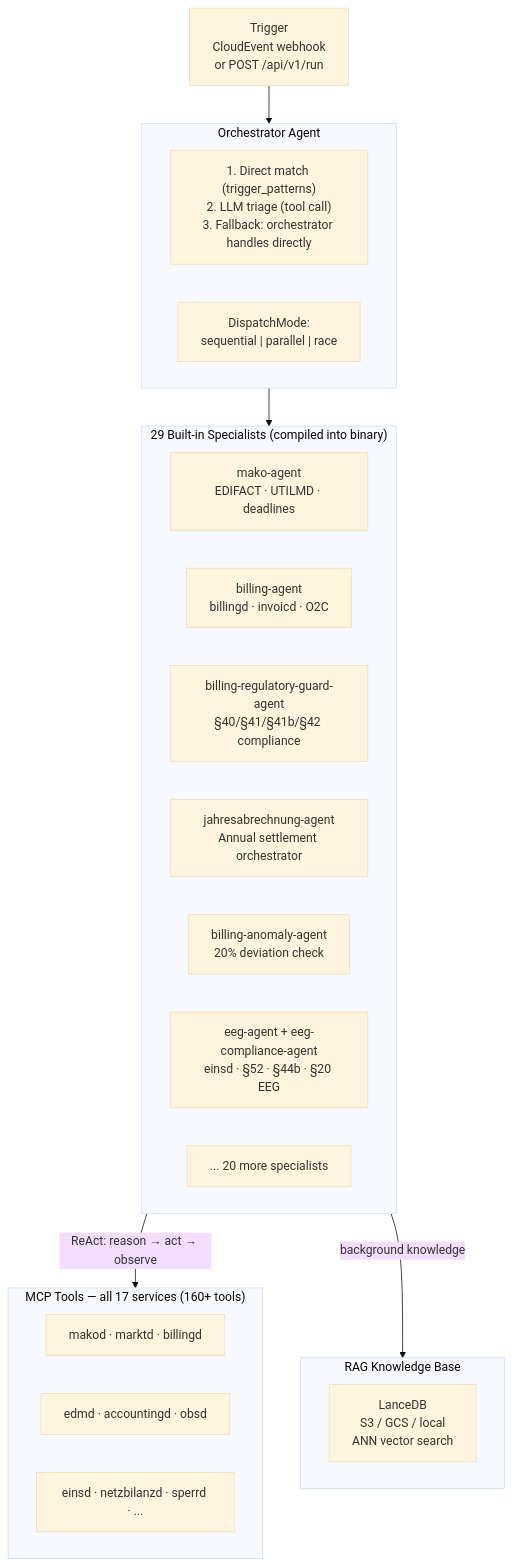
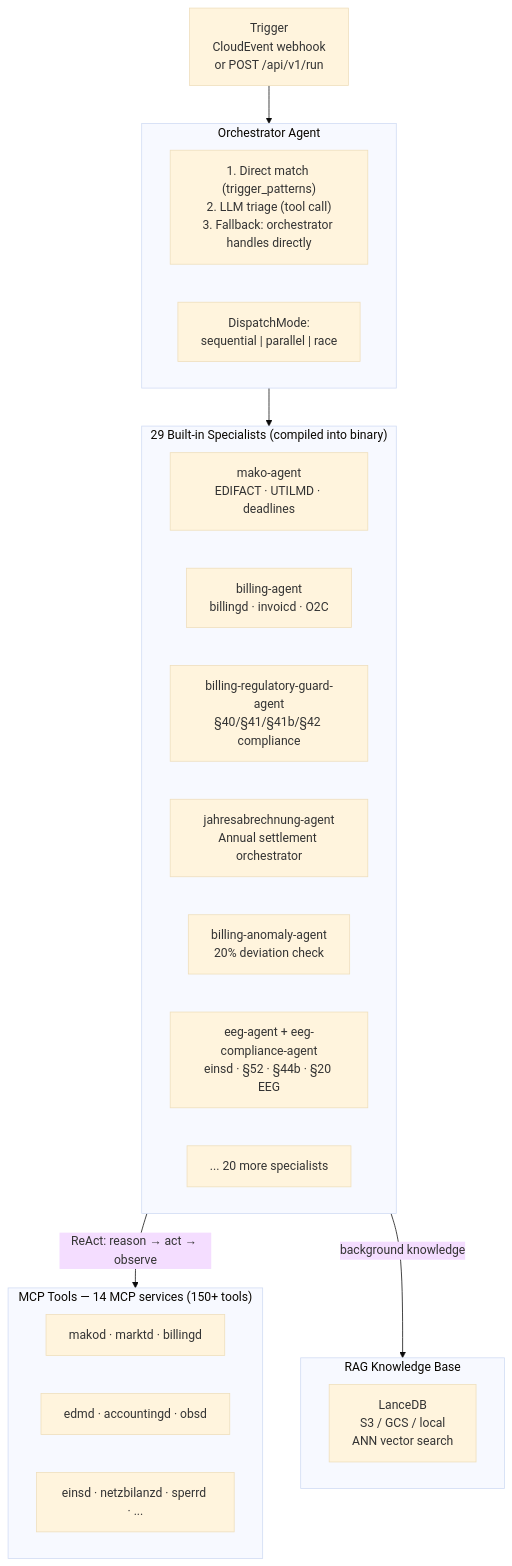
Before and after one commit to hupe1980/mako: the first of 4 diagrams in docs/agentd.md, drawn with Mermaid (base theme). The commit also changed 46 other files, not shown here.

````diff
--- a/docs/agentd.md
+++ b/docs/agentd.md
@@ -68,35 +68,35 @@
 ```mermaid
 graph TB
     TRIGGER["Trigger\nCloudEvent webhook\nor POST /api/v1/run"]
 
     subgraph orchestrator ["Orchestrator Agent"]
         ORCH["1. Direct match (trigger_patterns)\n2. LLM triage (tool call)\n3. Fallback: orchestrator handles directly"]
         MODE["DispatchMode:\nsequential | parallel | race"]
     end
 
     subgraph builtin ["29 Built-in Specialists (compiled into binary)"]
         direction LR
         MAKO["mako-agent\nEDIFACT · UTILMD · deadlines"]
         BILLING["billing-agent\nbillingd · invoicd · O2C"]
         BILREG["billing-regulatory-guard-agent\n§40/§41/§41b/§42 compliance"]
         JAHRB["jahresabrechnung-agent\nAnnual settlement orchestrator"]
         ANOMALY["billing-anomaly-agent\n20% deviation check"]
         EEG["eeg-agent + eeg-compliance-agent\neinsd · §52 · §44b · §20 EEG"]
         MORE["... 20 more specialists"]
     end
 
     subgraph rag ["RAG Knowledge Base"]
         LANCE["LanceDB\nS3 / GCS / local\nANN vector search"]
     end
 
-    subgraph tools ["MCP Tools — all 17 services (160+ tools)"]
+    subgraph tools ["MCP Tools — 14 MCP services (150+ tools)"]
         T1["makod · marktd · billingd"]
         T2["edmd · accountingd · obsd"]
         T3["einsd · netzbilanzd · sperrd · ..."]
     end
 
     TRIGGER --> orchestrator
     orchestrator --> builtin
     builtin -->|"ReAct: reason → act → observe"| tools
     builtin -->|"background knowledge"| rag
 ```
````
